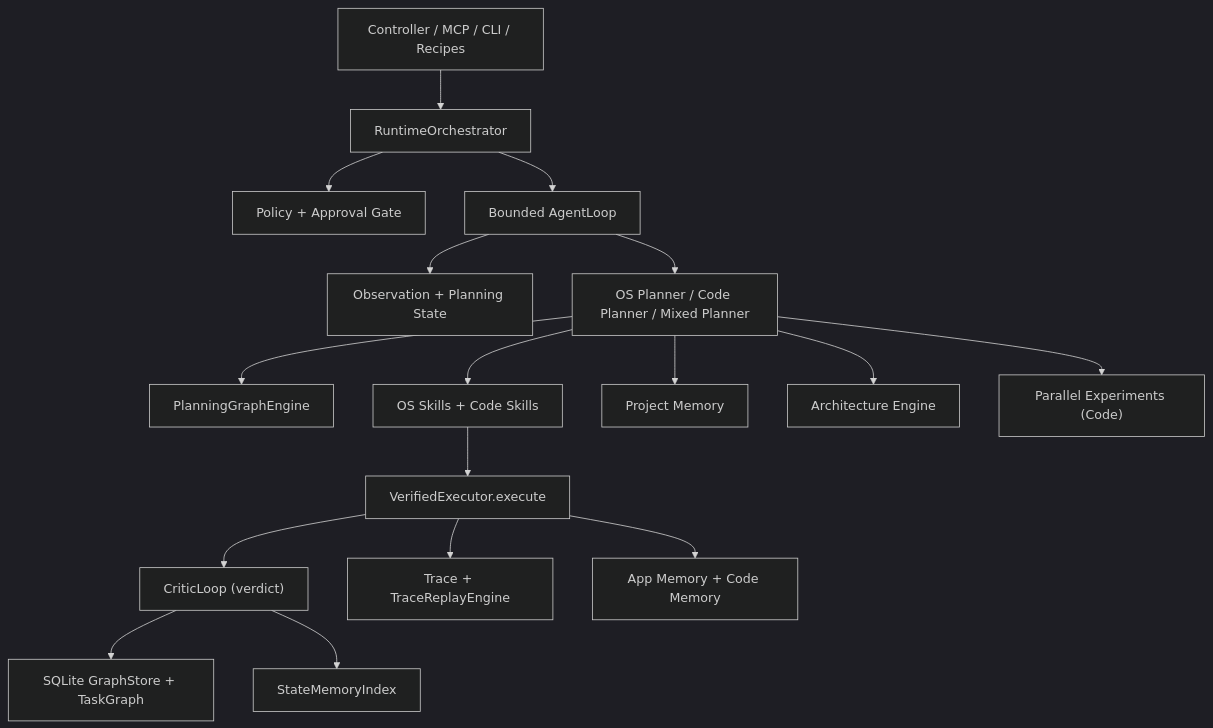
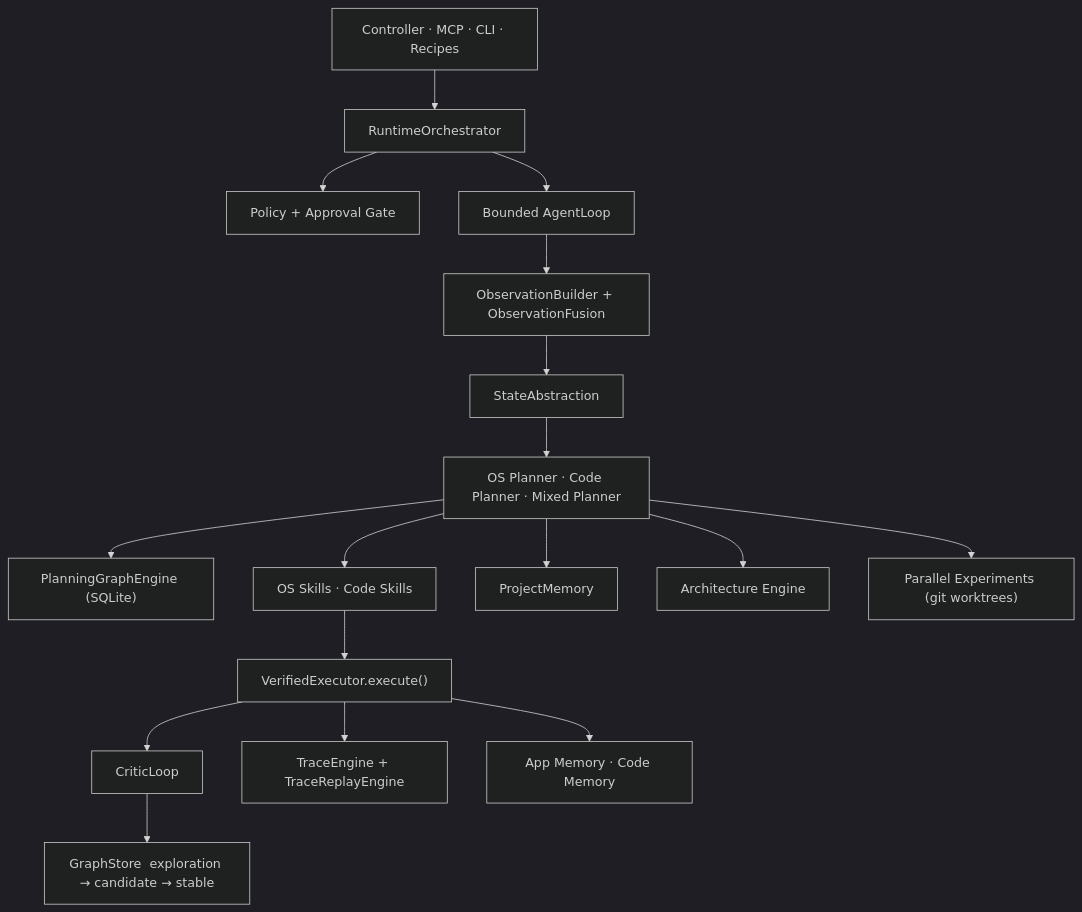
Before and after one commit to dawsonblock/ORC1: the diagram in README.md, drawn with Mermaid (dark theme). The commit also changed other lines of this file, not shown here.

````diff
--- a/README.md
+++ b/README.md
@@ -92,19 +82,20 @@
 ```mermaid
 graph TD
-    Surface["Controller / MCP / CLI / Recipes"] --> Runtime["RuntimeOrchestrator"]
-    Runtime --> Policy["Policy + Approval Gate"]
-    Runtime --> Loop["Bounded AgentLoop"]
-    Loop --> Observation["Observation + Planning State"]
-    Loop --> Planner["OS Planner / Code Planner / Mixed Planner"]
-    Planner --> PG["PlanningGraphEngine"]
-    Planner --> Skills["OS Skills + Code Skills"]
-    Skills --> Exec["VerifiedExecutor.execute"]
-    Exec --> Critic["CriticLoop (verdict)"]
-    Critic --> Graph["SQLite GraphStore + TaskGraph"]
-    Critic --> SM["StateMemoryIndex"]
-    Exec --> Trace["Trace + TraceReplayEngine"]
-    Exec --> Memory["App Memory + Code Memory"]
-    Planner --> PM["Project Memory"]
+    Surface["Controller · MCP · CLI · Recipes"]
+    Surface --> RO["RuntimeOrchestrator"]
+    RO --> Policy["Policy + Approval Gate"]
+    RO --> Loop["Bounded AgentLoop"]
+    Loop --> Obs["ObservationBuilder + ObservationFusion"]
+    Obs --> SA["StateAbstraction"]
+    SA --> Planner["OS Planner · Code Planner · Mixed Planner"]
+    Planner --> PG["PlanningGraphEngine (SQLite)"]
+    Planner --> Skills["OS Skills · Code Skills"]
+    Skills --> VE["VerifiedExecutor.execute()"]
+    VE --> CR["CriticLoop"]
+    CR --> Graph["GraphStore  exploration → candidate → stable"]
+    VE --> Trace["TraceEngine + TraceReplayEngine"]
+    VE --> Memory["App Memory · Code Memory"]
+    Planner --> PM["ProjectMemory"]
     Planner --> Arch["Architecture Engine"]
-    Planner --> Exp["Parallel Experiments (Code)"]
+    Planner --> Exp["Parallel Experiments (git worktrees)"]
 ```
````
